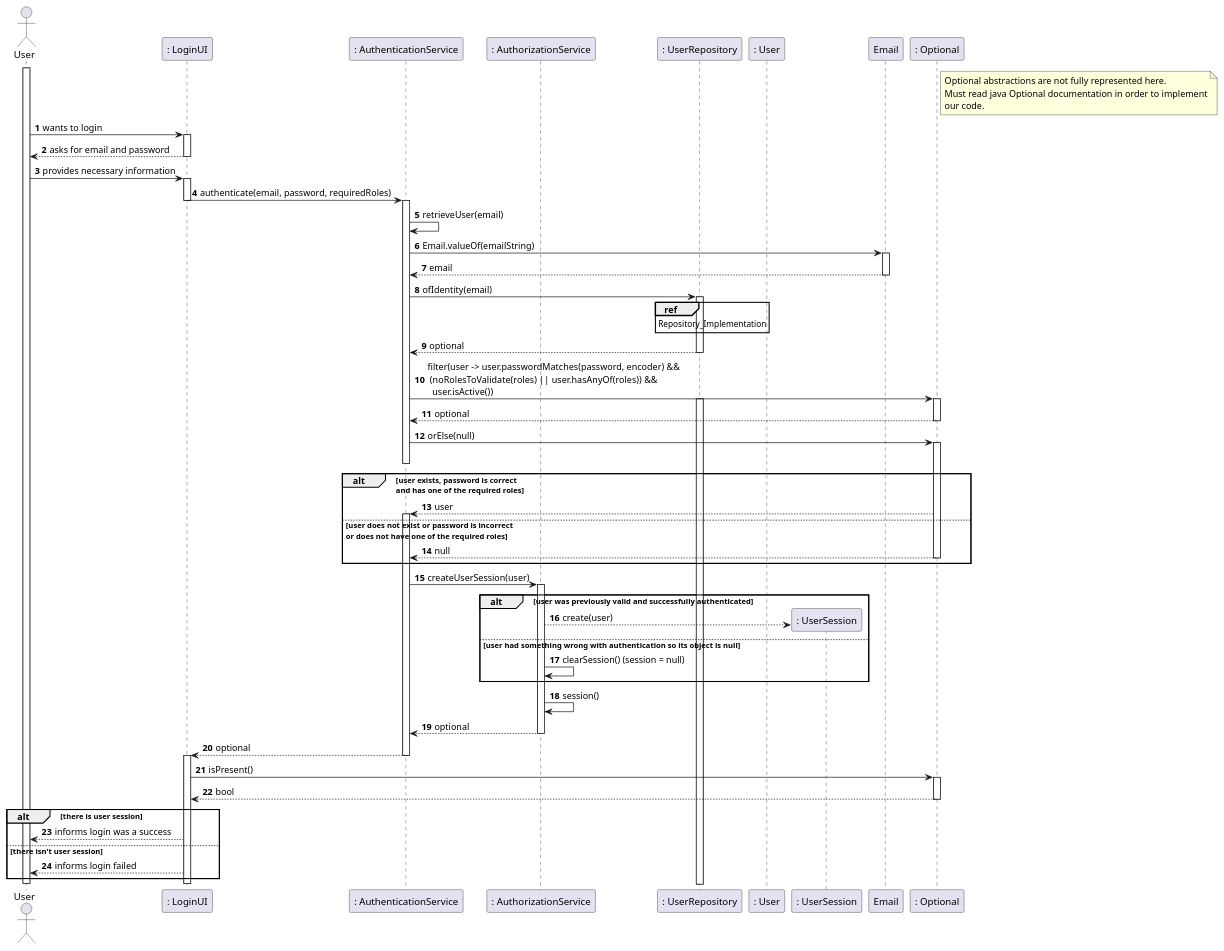
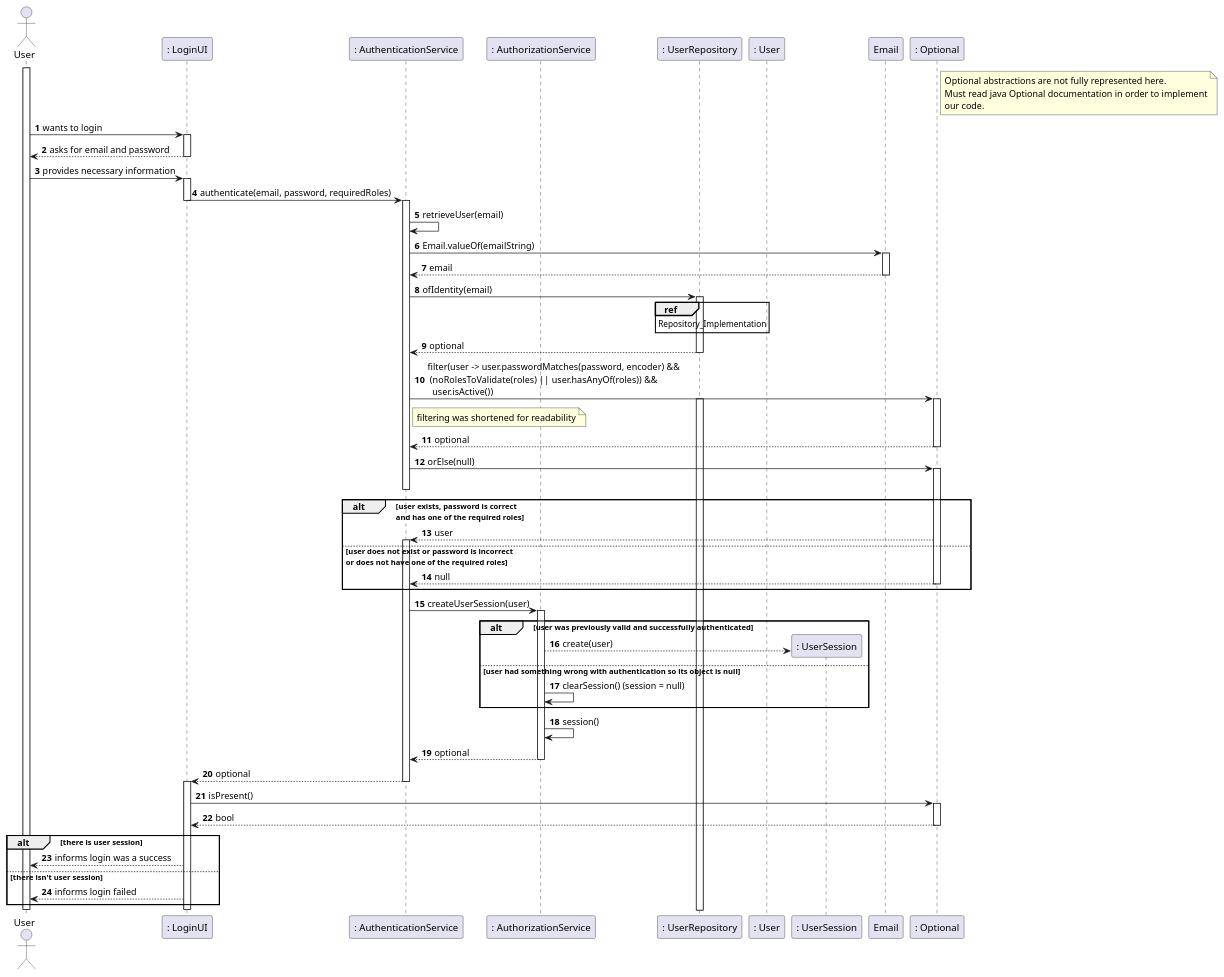
The diagram in docs/SPRINT A/US_G006/Design/AuthenticationSequenceDiagram/SD.puml (brunacosta03/sem4pi_22_23), drawn with PlantUML before and after one commit.

Commit message:
docs: note regarding filtering of the user #5

```diff
--- a/docs/SPRINT A/US_G006/Design/AuthenticationSequenceDiagram/SD.puml
+++ b/docs/SPRINT A/US_G006/Design/AuthenticationSequenceDiagram/SD.puml
@@ -1,96 +1,97 @@
 @startuml
 'https://plantuml.com/sequence-diagram
 
 autonumber
 actor "User" as userActor
 
 participant ": LoginUI" as ui
 participant ": AuthenticationService" as auth
 participant ": AuthorizationService" as authz
 participant ": UserRepository" as userRepo
 participant ": User" as user
 participant ": UserSession" as session
 participant "Email" as email
 participant ": Optional" as optional
 
 note right of optional
     Optional abstractions are not fully represented here.
     Must read java Optional documentation in order to implement
     our code.
 end note
 
 activate userActor
     userActor -> ui : wants to login
 activate ui
     ui --> userActor : asks for email and password
 deactivate ui
     userActor -> ui : provides necessary information
 activate ui
     ui -> auth : authenticate(email, password, requiredRoles)
 deactivate ui
 
 
 activate auth
     auth -> auth : retrieveUser(email)
     auth -> email: Email.valueOf(emailString)
 activate email
     email --> auth : email
 deactivate email
     auth -> userRepo : ofIdentity(email)
 activate userRepo
 ref over userRepo
     Repository_Implementation
 end ref
     userRepo --> auth : optional
 deactivate userRepo
     auth -> optional : filter(user -> user.passwordMatches(password, encoder) &&\n (noRolesToValidate(roles) || user.hasAnyOf(roles)) &&\n  user.isActive())
+    note right of auth: filtering was shortened for readability
 
 activate userRepo
 
 
 activate optional
     optional --> auth : optional
 deactivate optional
     auth -> optional : orElse(null)
 activate optional
 deactivate auth
     alt user exists, password is correct\nand has one of the required roles
         optional --> auth: user
 activate auth
     else user does not exist or password is incorrect\nor does not have one of the required roles
         optional --> auth: null
 deactivate optional
     end alt
 
     auth -> authz : createUserSession(user)
 activate authz
     alt user was previously valid and successfully authenticated
         authz --> session** : create(user)
 
     else user had something wrong with authentication so its object is null
         authz -> authz : clearSession() (session = null)
     end alt
     authz -> authz : session()
     authz --> auth : optional
 deactivate
     auth --> ui : optional
 deactivate auth
 activate ui
     ui -> optional : isPresent()
     activate optional
     optional --> ui : bool
     deactivate optional
     alt there is user session
         ui --> userActor : informs login was a success
     else there isn't user session
         ui --> userActor : informs login failed
     end alt
 deactivate authz
 deactivate auth
 deactivate ui
 deactivate userActor
 
 
 
 
 @enduml
```
